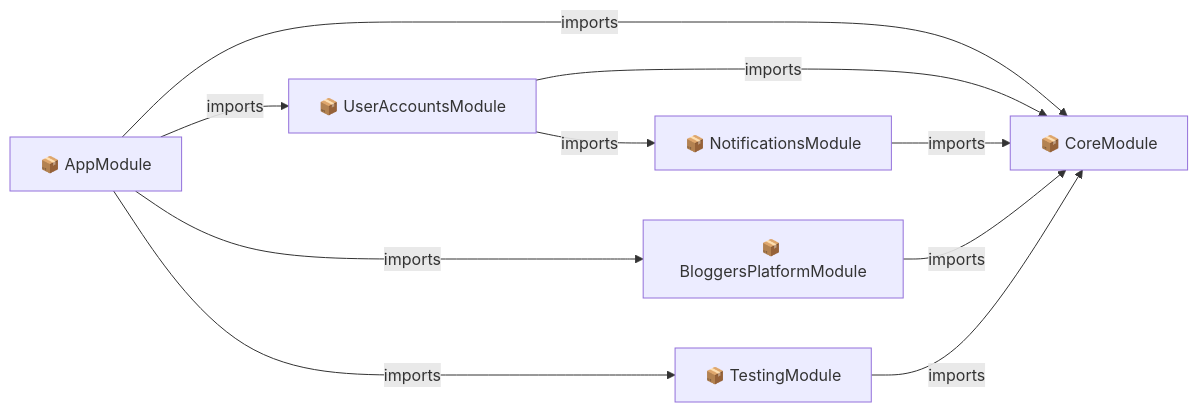
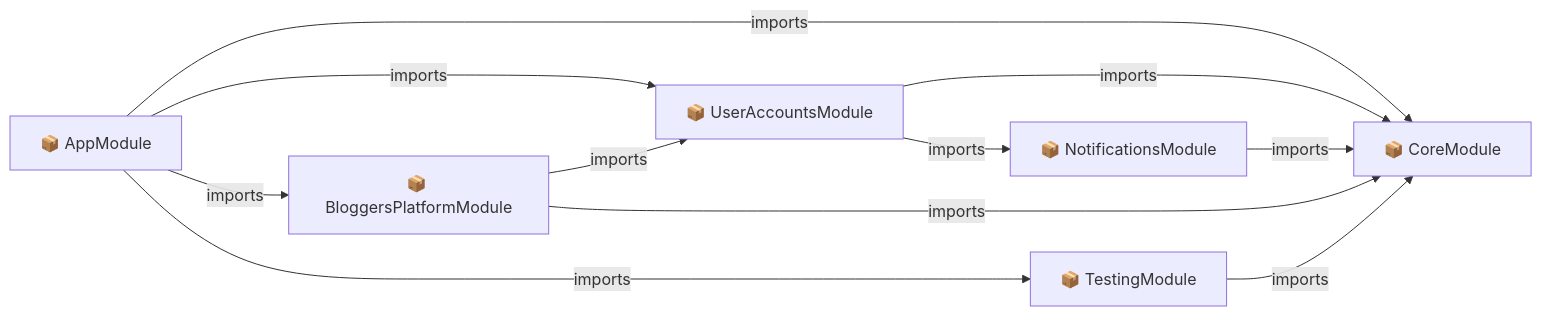
One commit to anechka002/blogger_platform_nest_sql changed the first of 14 diagrams in nest-graph.md. Above: the diagram before and after it, drawn with Mermaid. The commit also changed other lines of this file and 6 other files, not shown here.

````diff
--- a/nest-graph.md
+++ b/nest-graph.md
@@ -5,18 +5,19 @@
 ```mermaid
 graph LR
   AppModule["📦 AppModule"]
   AppModule -->|imports| UserAccountsModule
   AppModule -->|imports| BloggersPlatformModule
   AppModule -->|imports| TestingModule
   AppModule -->|imports| CoreModule
   UserAccountsModule["📦 UserAccountsModule"]
   UserAccountsModule -->|imports| NotificationsModule
   UserAccountsModule -->|imports| CoreModule
   NotificationsModule["📦 NotificationsModule"]
   NotificationsModule -->|imports| CoreModule
   BloggersPlatformModule["📦 BloggersPlatformModule"]
+  BloggersPlatformModule -->|imports| UserAccountsModule
   BloggersPlatformModule -->|imports| CoreModule
   TestingModule["📦 TestingModule"]
   TestingModule -->|imports| CoreModule
   CoreModule["📦 CoreModule"]
 ```
````
